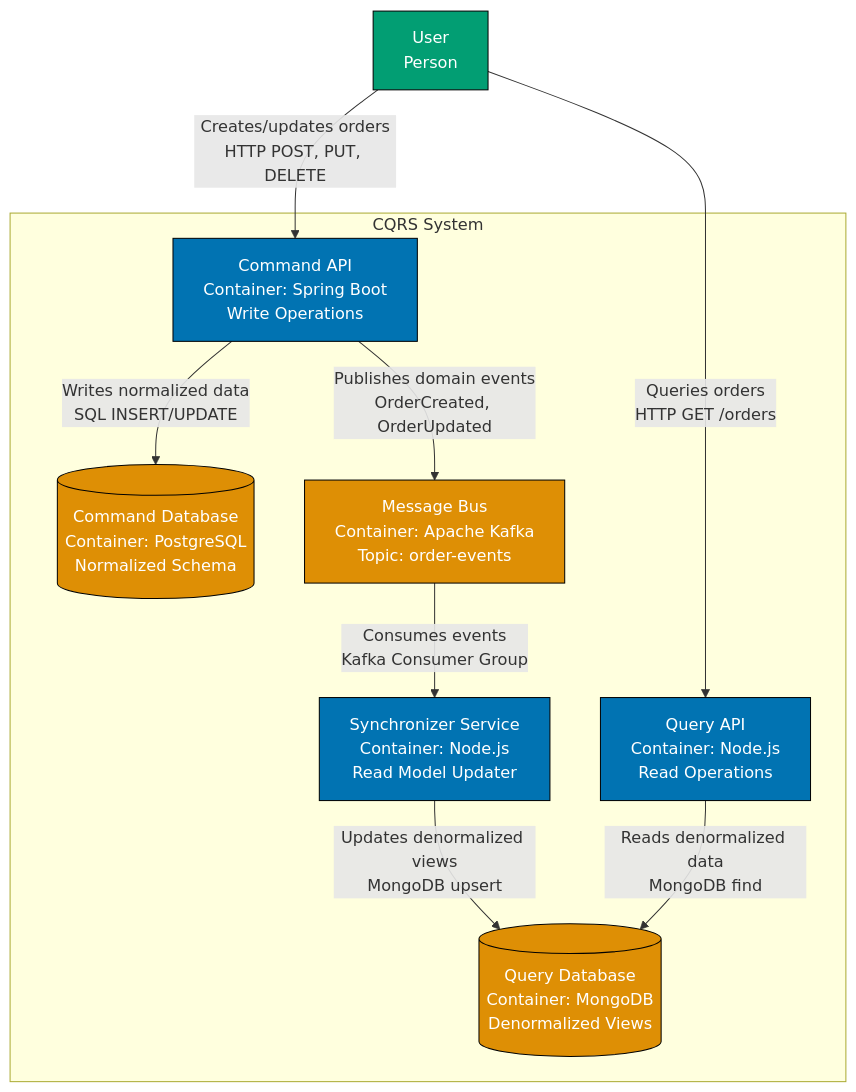
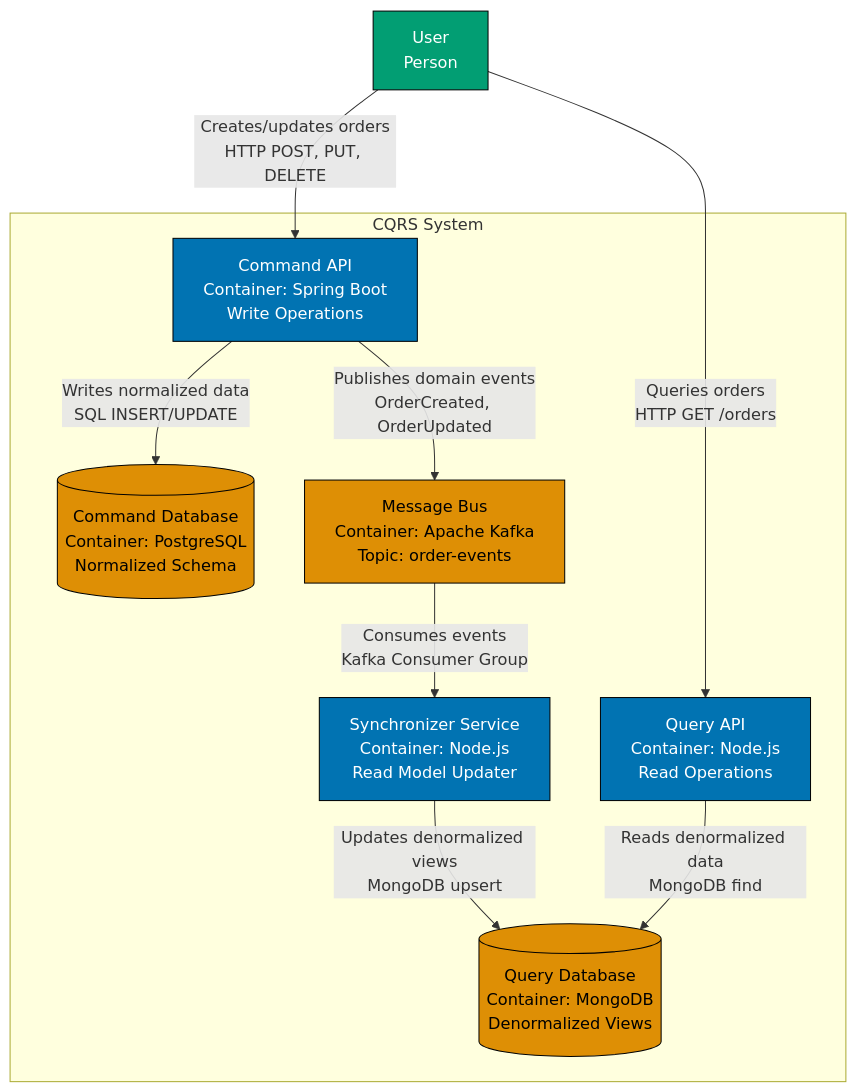
The third of 8 diagrams in docs/explanation/software-design/c4-architecture-model/ex-sode-c4armo__13-event-driven-architectures.md (wahidyankf/open-sharia-enterprise), drawn with Mermaid before and after one commit. The commit also changed other lines of this file and 35 other files, not shown here.

````diff
--- a/docs/explanation/software-design/c4-architecture-model/ex-sode-c4armo__13-event-driven-architectures.md
+++ b/docs/explanation/software-design/c4-architecture-model/ex-sode-c4armo__13-event-driven-architectures.md
@@ -182,34 +182,34 @@
 ```mermaid
 graph TB
     User[User<br/>Person]
 
     subgraph "CQRS System"
         CommandAPI[Command API<br/>Container: Spring Boot<br/>Write Operations]
         CommandDB[(Command Database<br/>Container: PostgreSQL<br/>Normalized Schema)]
 
         MessageBus[Message Bus<br/>Container: Apache Kafka<br/>Topic: order-events]
 
         QueryAPI[Query API<br/>Container: Node.js<br/>Read Operations]
         QueryDB[(Query Database<br/>Container: MongoDB<br/>Denormalized Views)]
 
         Sync[Synchronizer Service<br/>Container: Node.js<br/>Read Model Updater]
     end
 
     User -->|Creates/updates orders<br/>HTTP POST, PUT, DELETE| CommandAPI
     CommandAPI -->|Writes normalized data<br/>SQL INSERT/UPDATE| CommandDB
     CommandAPI -->|Publishes domain events<br/>OrderCreated, OrderUpdated| MessageBus
 
     MessageBus -->|Consumes events<br/>Kafka Consumer Group| Sync
     Sync -->|Updates denormalized views<br/>MongoDB upsert| QueryDB
 
     User -->|Queries orders<br/>HTTP GET /orders| QueryAPI
     QueryAPI -->|Reads denormalized data<br/>MongoDB find| QueryDB
 
     style User fill:#029E73,stroke:#000000,color:#ffffff
     style CommandAPI fill:#0173B2,stroke:#000000,color:#ffffff
-    style CommandDB fill:#DE8F05,stroke:#000000,color:#ffffff
-    style MessageBus fill:#DE8F05,stroke:#000000,color:#ffffff
+    style CommandDB fill:#DE8F05,stroke:#000000,color:#000000
+    style MessageBus fill:#DE8F05,stroke:#000000,color:#000000
     style QueryAPI fill:#0173B2,stroke:#000000,color:#ffffff
-    style QueryDB fill:#DE8F05,stroke:#000000,color:#ffffff
+    style QueryDB fill:#DE8F05,stroke:#000000,color:#000000
     style Sync fill:#0173B2,stroke:#000000,color:#ffffff
 ```
````
